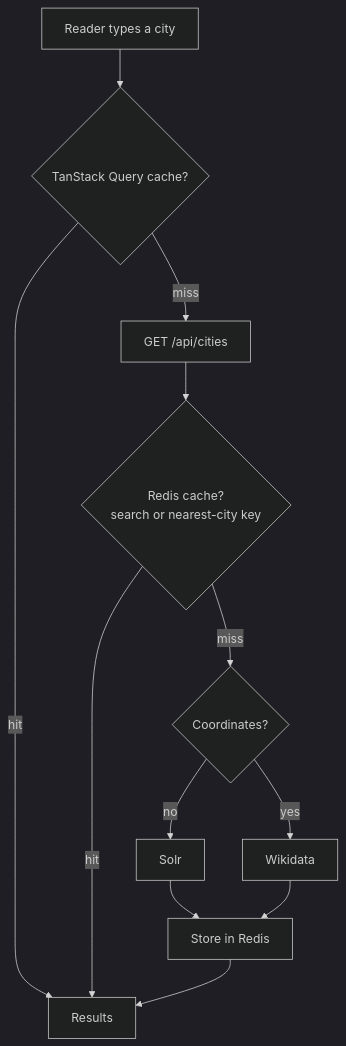
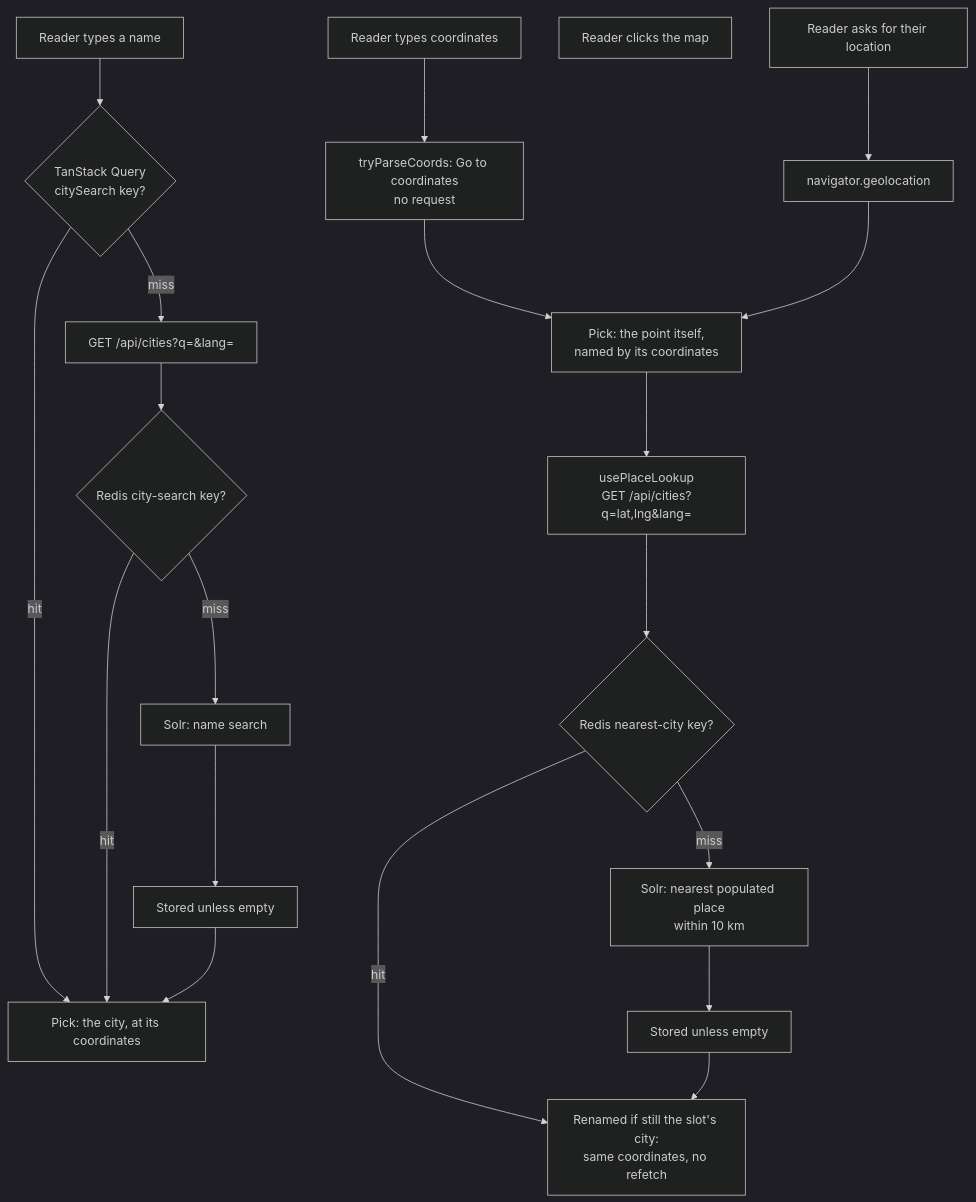
Before and after one commit to ClimaticaHQ/climatica-nextjs: the second of 3 diagrams in docs/architecture.md, drawn with Mermaid (dark theme). The commit also changed other lines of this file and 76 other files, not shown here.

````diff
--- a/docs/architecture.md
+++ b/docs/architecture.md
@@ -87,14 +89,24 @@
 ```mermaid
 flowchart TD
-  type["Reader types a city"] --> browser{"TanStack Query cache?"}
-  browser -- hit --> results["Results"]
-  browser -- miss --> route["GET /api/cities"]
-  route --> redis{"Redis cache?<br/>search or nearest-city key"}
-  redis -- hit --> results
-  redis -- miss --> coords{"Coordinates?"}
-  coords -- no --> solr["Solr"]
-  coords -- yes --> wikidata["Wikidata"]
-  solr --> store["Store in Redis"]
-  wikidata --> store
-  store --> results
+  type["Reader types a name"] --> search{"TanStack Query<br/>citySearch key?"}
+  search -- miss --> cities["GET /api/cities?q=&lang="]
+  cities --> redisS{"Redis city-search key?"}
+  redisS -- miss --> solr["Solr: name search"]
+  solr --> storeS["Stored unless empty"]
+  search -- hit --> pick
+  redisS -- hit --> pick
+  storeS --> pick["Pick: the city, at its coordinates"]
+
+  typed["Reader types coordinates"] --> parse["tryParseCoords: Go to coordinates<br/>no request"]
+  click["Reader clicks the map"]
+  locate["Reader asks for their location"] --> gps["navigator.geolocation"]
+  parse --> point["Pick: the point itself,<br/>named by its coordinates"]
+  click --> point
+  gps --> point
+  point --> lookup["usePlaceLookup<br/>GET /api/cities?q=lat,lng&lang="]
+  lookup --> redisN{"Redis nearest-city key?"}
+  redisN -- miss --> nearest["Solr: nearest populated place<br/>within 10 km"]
+  nearest --> storeN["Stored unless empty"]
+  redisN -- hit --> rename["Renamed if still the slot's city:<br/>same coordinates, no refetch"]
+  storeN --> rename
 ```
````
